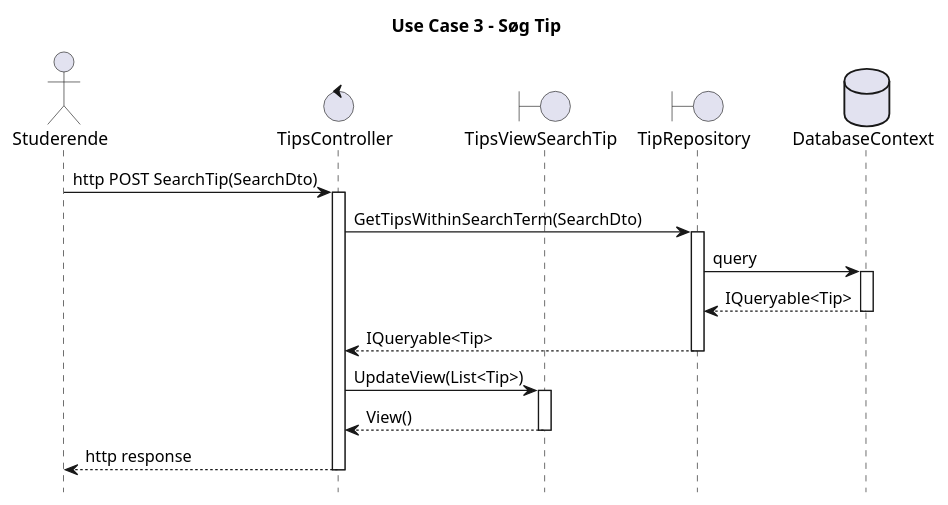
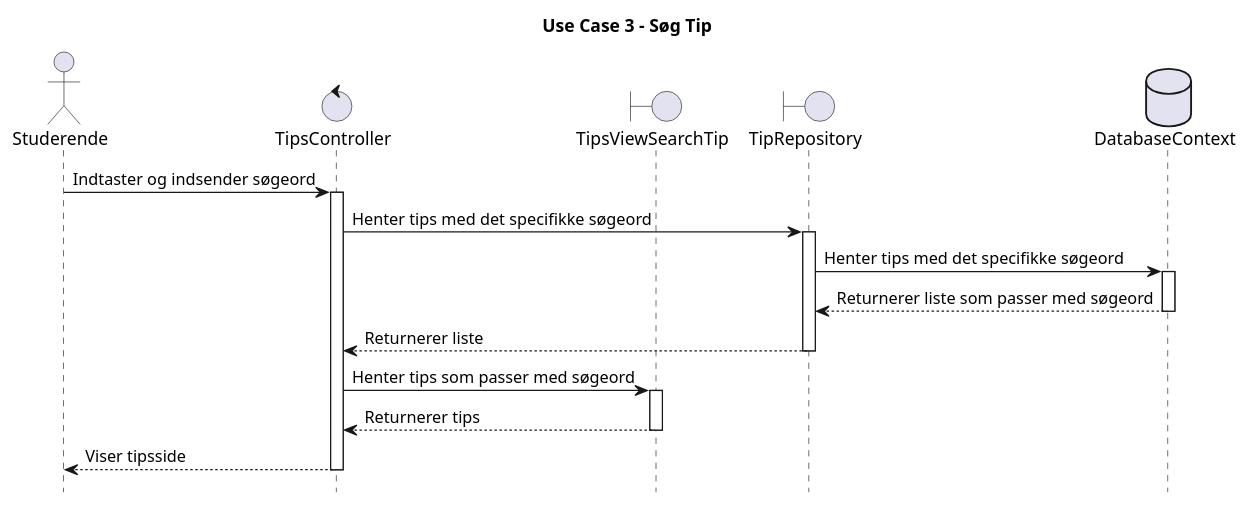
The diagram in plantuml/Sequence Diagrams/Arkitektur/UC3.puml (I4PRJ4/I4PRJ4-plantuml), drawn with PlantUML before and after one commit. The commit also changed other lines of this file, not shown here.

```diff
--- a/plantuml/Sequence Diagrams/Arkitektur/UC3.puml
+++ b/plantuml/Sequence Diagrams/Arkitektur/UC3.puml
@@ -1,40 +1,40 @@
 @startuml
 
 title Use Case 3 - Søg Tip
 
 actor       Studerende       as stud
 control       TipsController       as tipscont
 boundary       TipsViewSearchTip       as tipssearch
 boundary       TipRepository       as tipsrepo
 database       DatabaseContext       as db
 
 
-stud -> tipscont: http POST SearchTip(SearchDto)
+stud -> tipscont: Indtaster og indsender søgeord
 
 Activate tipscont
-tipscont -> tipsrepo: GetTipsWithinSearchTerm(SearchDto)
+tipscont -> tipsrepo: Henter tips med det specifikke søgeord
 
 Activate tipsrepo
-tipsrepo -> db: query 
+tipsrepo -> db: Henter tips med det specifikke søgeord
 
 Activate db
-db --> tipsrepo: IQueryable<Tip>
+db --> tipsrepo: Returnerer liste som passer med søgeord
 Deactivate db
 
-tipsrepo --> tipscont: IQueryable<Tip>
+tipsrepo --> tipscont: Returnerer liste
 Deactivate tipsrepo
 
-tipscont -> tipssearch: UpdateView(List<Tip>)
+tipscont -> tipssearch: Henter tips som passer med søgeord
 
 Activate tipssearch
-tipssearch --> tipscont: View()
+tipssearch --> tipscont: Returnerer tips
 Deactivate tipssearch
 
-tipscont --> stud: http response
+tipscont --> stud: Viser tipsside
 Deactivate tipscont
 
 
 
 hide footbox
 
 @enduml
```
